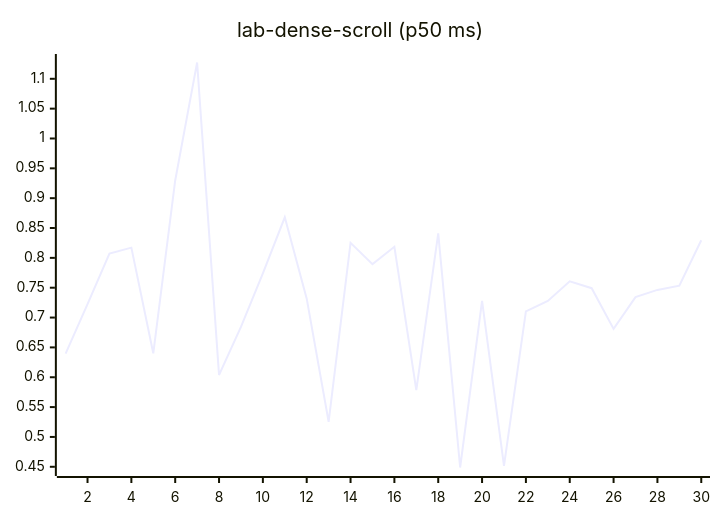
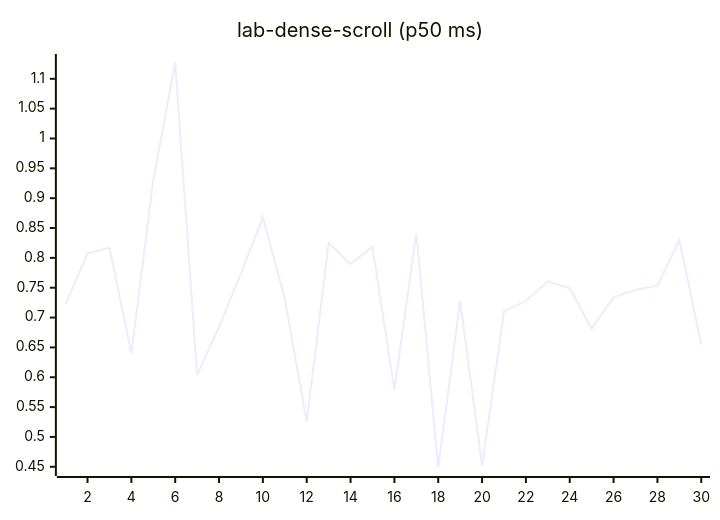
One commit to josha/Facet changed diagram 12 of 27 in README.md. Above: the diagram before and after it, drawn with Mermaid. The commit also changed other lines of this file and 2 other files, not shown here.

````diff
--- a/README.md
+++ b/README.md
@@ -140,6 +140,6 @@
 ```mermaid
 xychart-beta
     title "lab-dense-scroll (p50 ms)"
     x-axis 1 --> 30
-    line [0.6397, 0.7226, 0.8071, 0.8171, 0.6401, 0.9297, 1.1273, 0.6038, 0.6843, 0.7739, 0.8680, 0.7317, 0.5254, 0.8252, 0.7895, 0.8186, 0.5785, 0.8409, 0.4488, 0.7278, 0.4517, 0.7102, 0.7278, 0.7607, 0.7492, 0.6810, 0.7343, 0.7463, 0.7534, 0.8296]
+    line [0.7226, 0.8071, 0.8171, 0.6401, 0.9297, 1.1273, 0.6038, 0.6843, 0.7739, 0.8680, 0.7317, 0.5254, 0.8252, 0.7895, 0.8186, 0.5785, 0.8409, 0.4488, 0.7278, 0.4517, 0.7102, 0.7278, 0.7607, 0.7492, 0.6810, 0.7343, 0.7463, 0.7534, 0.8296, 0.6548]
 ```
````
